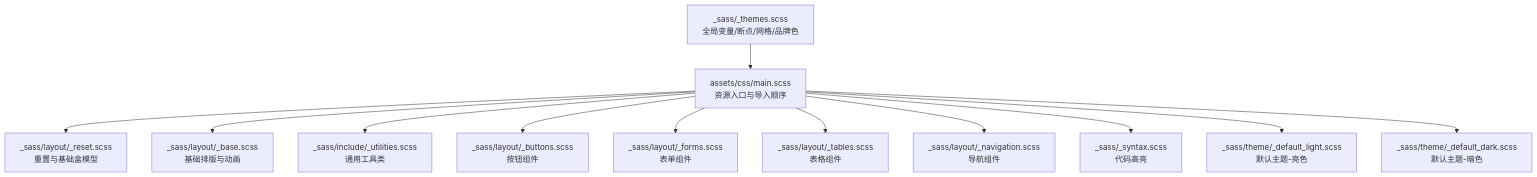
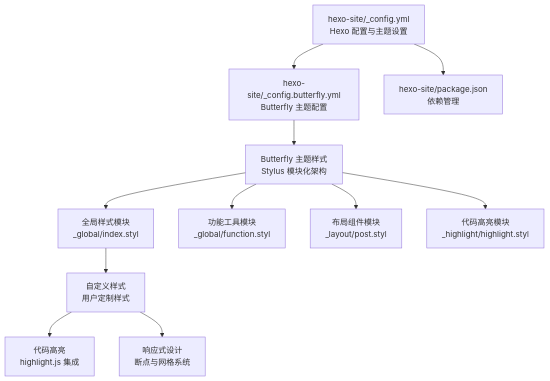
Before and after one commit to CoolPig0720/CoolPig0720.github.io: the first of 3 diagrams in .qoder/repowiki/zh/content/主题和样式系统/SCSS 架构详解/SCSS 架构详解.md, drawn with Mermaid. The commit also changed other lines of this file and 36 other files, not shown here.

````diff
--- a/.qoder/repowiki/zh/content/主题和样式系统/SCSS 架构详解/SCSS 架构详解.md
+++ b/.qoder/repowiki/zh/content/主题和样式系统/SCSS 架构详解/SCSS 架构详解.md
@@ -55,14 +52,13 @@
 ```mermaid
 graph TB
-A["assets/css/main.scss<br/>资源入口与导入顺序"] --> B["_sass/layout/_reset.scss<br/>重置与基础盒模型"]
-A --> C["_sass/layout/_base.scss<br/>基础排版与动画"]
-A --> D["_sass/include/_utilities.scss<br/>通用工具类"]
-A --> E["_sass/layout/_buttons.scss<br/>按钮组件"]
-A --> F["_sass/layout/_forms.scss<br/>表单组件"]
-A --> G["_sass/layout/_tables.scss<br/>表格组件"]
-A --> H["_sass/layout/_navigation.scss<br/>导航组件"]
-A --> I["_sass/_syntax.scss<br/>代码高亮"]
-A --> J["_sass/theme/_default_light.scss<br/>默认主题-亮色"]
-A --> K["_sass/theme/_default_dark.scss<br/>默认主题-暗色"]
-L["_sass/_themes.scss<br/>全局变量/断点/网格/品牌色"] --> A
+A["hexo-site/_config.yml<br/>Hexo 配置与主题设置"] --> B["hexo-site/_config.butterfly.yml<br/>Butterfly 主题配置"]
+A --> C["hexo-site/package.json<br/>依赖管理"]
+B --> D["Butterfly 主题样式<br/>Stylus 模块化架构"]
+D --> E["全局样式模块<br/>_global/index.styl"]
+D --> F["功能工具模块<br/>_global/function.styl"]
+D --> G["布局组件模块<br/>_layout/post.styl"]
+D --> H["代码高亮模块<br/>_highlight/highlight.styl"]
+E --> I["自定义样式<br/>用户定制样式"]
+I --> J["代码高亮<br/>highlight.js 集成"]
+I --> K["响应式设计<br/>断点与网格系统"]
 ```
````
